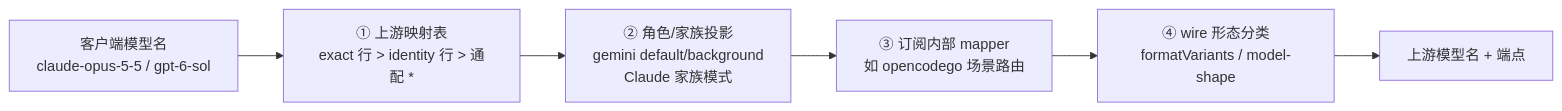
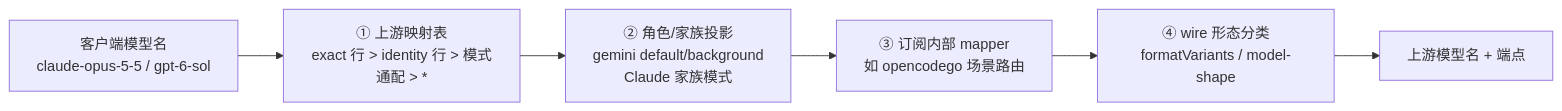
Before and after one commit to DumoeDss/omnicross: the third of 6 diagrams in docs/architecture/request-paths.md, drawn with Mermaid. The commit also changed other lines of this file and 23 other files, not shown here.

````diff
--- a/docs/architecture/request-paths.md
+++ b/docs/architecture/request-paths.md
@@ -128,8 +128,8 @@
 ```mermaid
 flowchart LR
     N0["客户端模型名<br/>claude-opus-5-5 / gpt-6-sol"] --> L1
-    L1["① 上游映射表<br/>exact 行 > identity 行 > 通配 *"] --> L2
+    L1["① 上游映射表<br/>exact 行 > identity 行 > 模式通配 > *"] --> L2
     L2["② 角色/家族投影<br/>gemini default/background<br/>Claude 家族模式"] --> L3
     L3["③ 订阅内部 mapper<br/>如 opencodego 场景路由"] --> L4
     L4["④ wire 形态分类<br/>formatVariants / model-shape"] --> N1["上游模型名 + 端点"]
 ```
````
